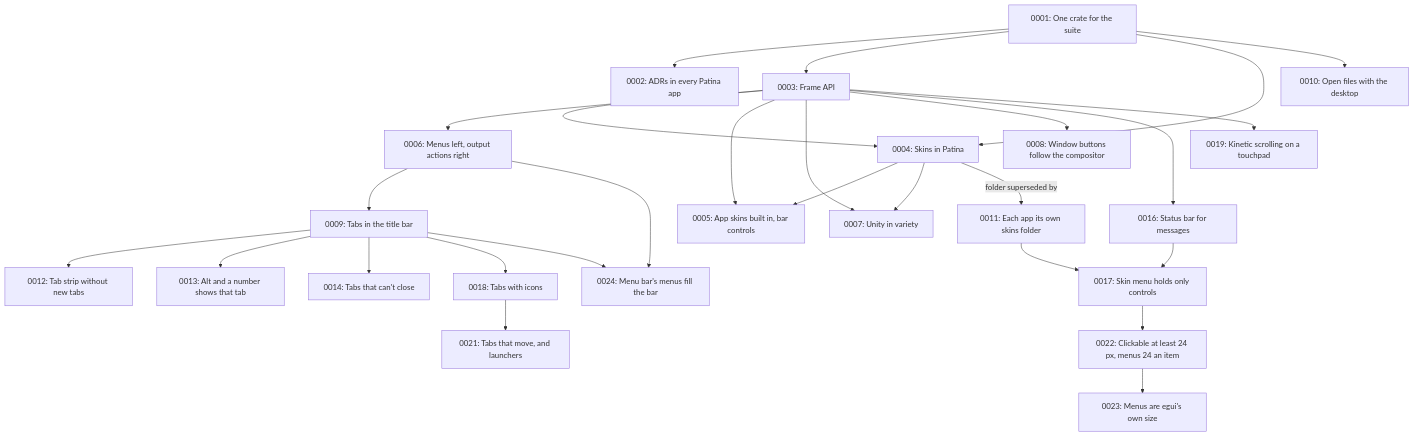
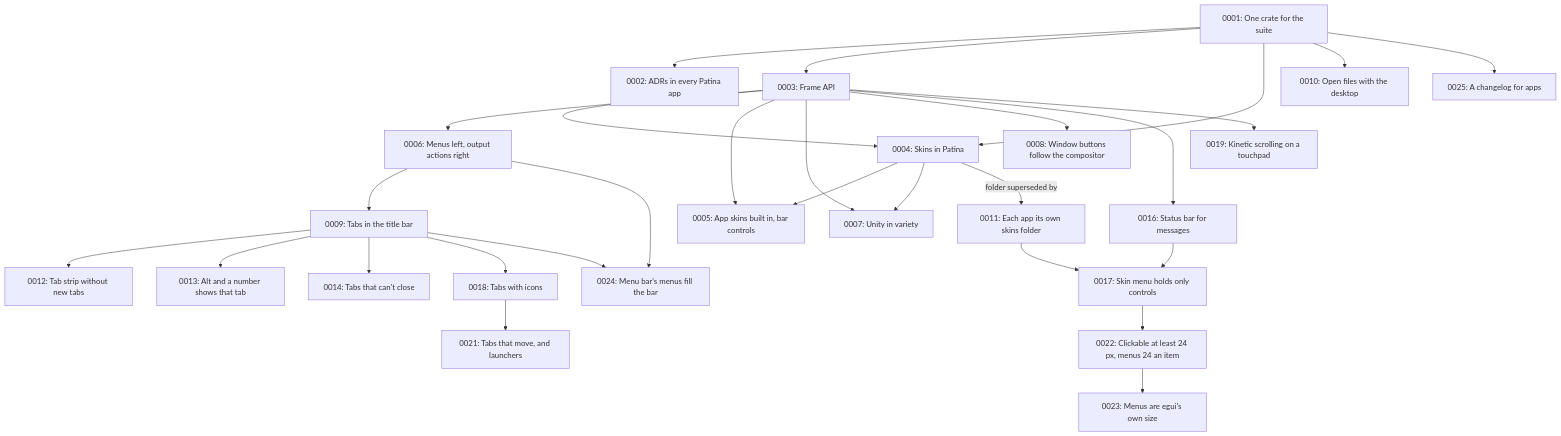
One commit to Sector-F-Labs/patina changed the diagram in docs/adr/README.md. Above: the diagram before and after it, drawn with Mermaid. The commit also changed other lines of this file and 3 other files, not shown here.

````diff
--- a/docs/adr/README.md
+++ b/docs/adr/README.md
@@ -72,29 +73,30 @@
 ```mermaid
 flowchart TD
     A[0001: One crate for the suite] --> B[0002: ADRs in every Patina app]
     A --> C[0003: Frame API]
     A --> D[0004: Skins in Patina]
     C --> D
     D --> E[0005: App skins built in, bar controls]
     C --> F[0006: Menus left, output actions right]
     C --> E
     D --> G[0007: Unity in variety]
     C --> G
     C --> H[0008: Window buttons follow the compositor]
     F --> I[0009: Tabs in the title bar]
     A --> J[0010: Open files with the desktop]
     D -->|folder superseded by| K[0011: Each app its own skins folder]
     I --> L[0012: Tab strip without new tabs]
     I --> M[0013: Alt and a number shows that tab]
     I --> N[0014: Tabs that can't close]
     I --> Q[0018: Tabs with icons]
     Q --> S[0021: Tabs that move, and launchers]
     C --> O[0016: Status bar for messages]
     K --> P[0017: Skin menu holds only controls]
     O --> P
     C --> R[0019: Kinetic scrolling on a touchpad]
     P --> T[0022: Clickable at least 24 px, menus 24 an item]
     T --> U[0023: Menus are egui's own size]
     F --> V[0024: Menu bar's menus fill the bar]
     I --> V
+    A --> W[0025: A changelog for apps]
 ```
````
